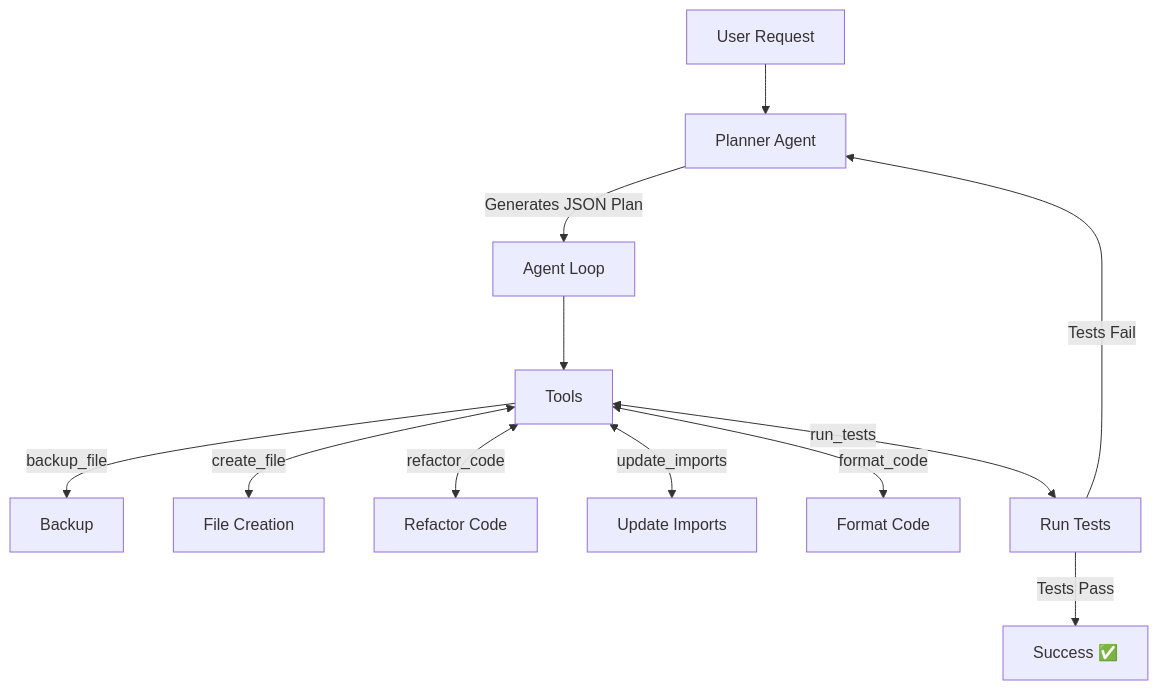
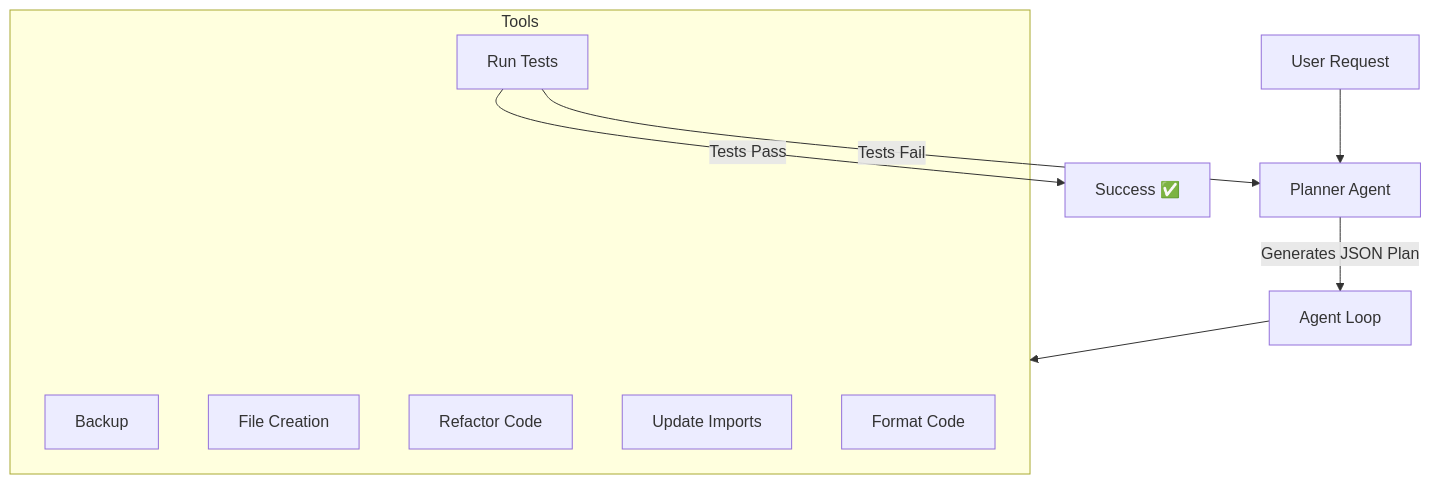
One commit to Perpetue237/agentsculptor changed the diagram in README.md. Above: the diagram before and after it, drawn with Mermaid.

````diff
--- a/README.md
+++ b/README.md
@@ -301,14 +301,18 @@
 ``` mermaid
 flowchart TD
     A[User Request] --> B[Planner Agent]
     B -->|Generates JSON Plan| C[Agent Loop]
-    C --> D1[Tools]
-    D1 -->|backup_file| D2[Backup]
-    D1 <-->|create_file| E1[File Creation]
-    D1 <-->|refactor_code| E2[Refactor Code]
-    D1 <-->|update_imports| E3[Update Imports]
-    D1 <-->|format_code| E4[Format Code]
-    D1 <-->|run_tests| E5[Run Tests]
-    E5 -->|Tests Fail| B
-    E5 -->|Tests Pass| F[Success ✅]
+
+    subgraph D[Tools]
+        D1[Backup]
+        D2[File Creation]
+        D3[Refactor Code]
+        D4[Update Imports]
+        D5[Format Code]
+        D6[Run Tests]
+    end
+
+    C --> D
+    D6 -->|Tests Fail| B
+    D6 -->|Tests Pass| E[Success ✅]
 ```
````
